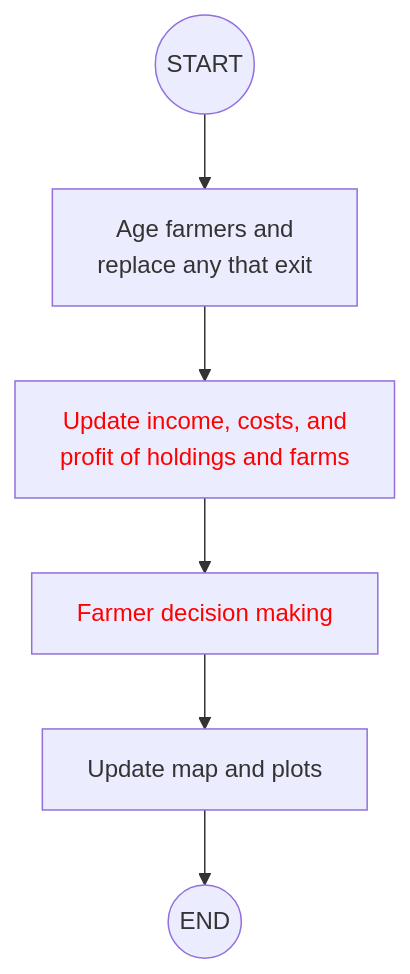
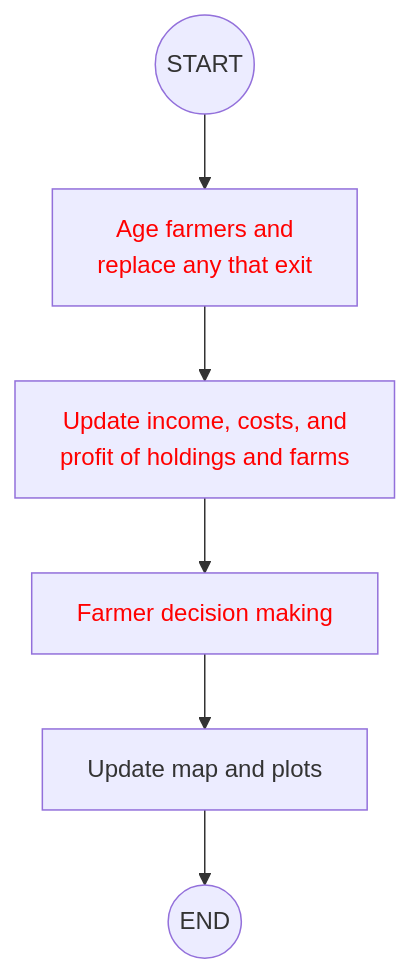
The diagram in model-description/documents/01b-model-main-loop.qmd (DOSull/moving-the-middle-abm), drawn with Mermaid before and after one commit. The commit also changed 4 other files, not shown here.

Commit message:
linked aging step in flow chart to document

````diff
--- a/model-description/documents/01b-model-main-loop.qmd
+++ b/model-description/documents/01b-model-main-loop.qmd
@@ -32,16 +32,17 @@
 ```{mermaid}
 flowchart TB
   A((START))
-  B[Age farmers and<br>replace any that exit]
+  B[<span style='color:red;'>Age farmers and<br>replace any that exit</span>]
   C[<span style='color:red;'>Update income, costs, and<br>profit of holdings and farms</span>]
   E[<span style='color:red;'>Farmer decision making</span>]
   T[Update map and plots]
   Z((END))
   A --> B
   B --> C
   C --> E
   E --> T
   T --> Z
+  click B "01c-farmer-aging-and-succession.html" "Click for details"
   click C "02-calculation-of-farm-income.html" "Click for details"
   click E "03-farmer-decisions-general.html" "Click for details"
 ```
````
